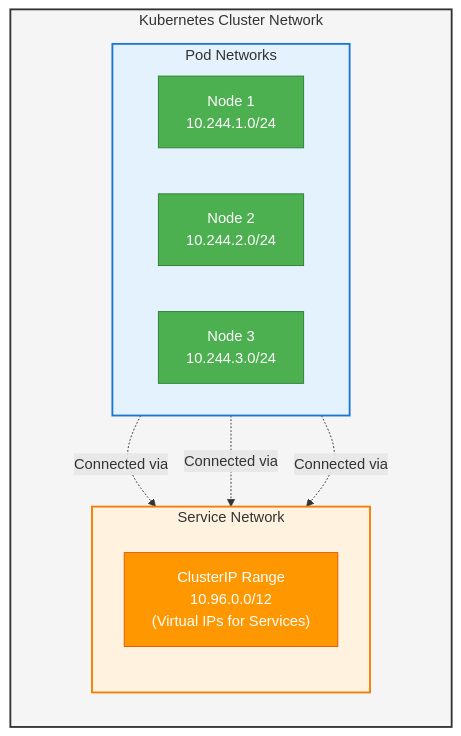
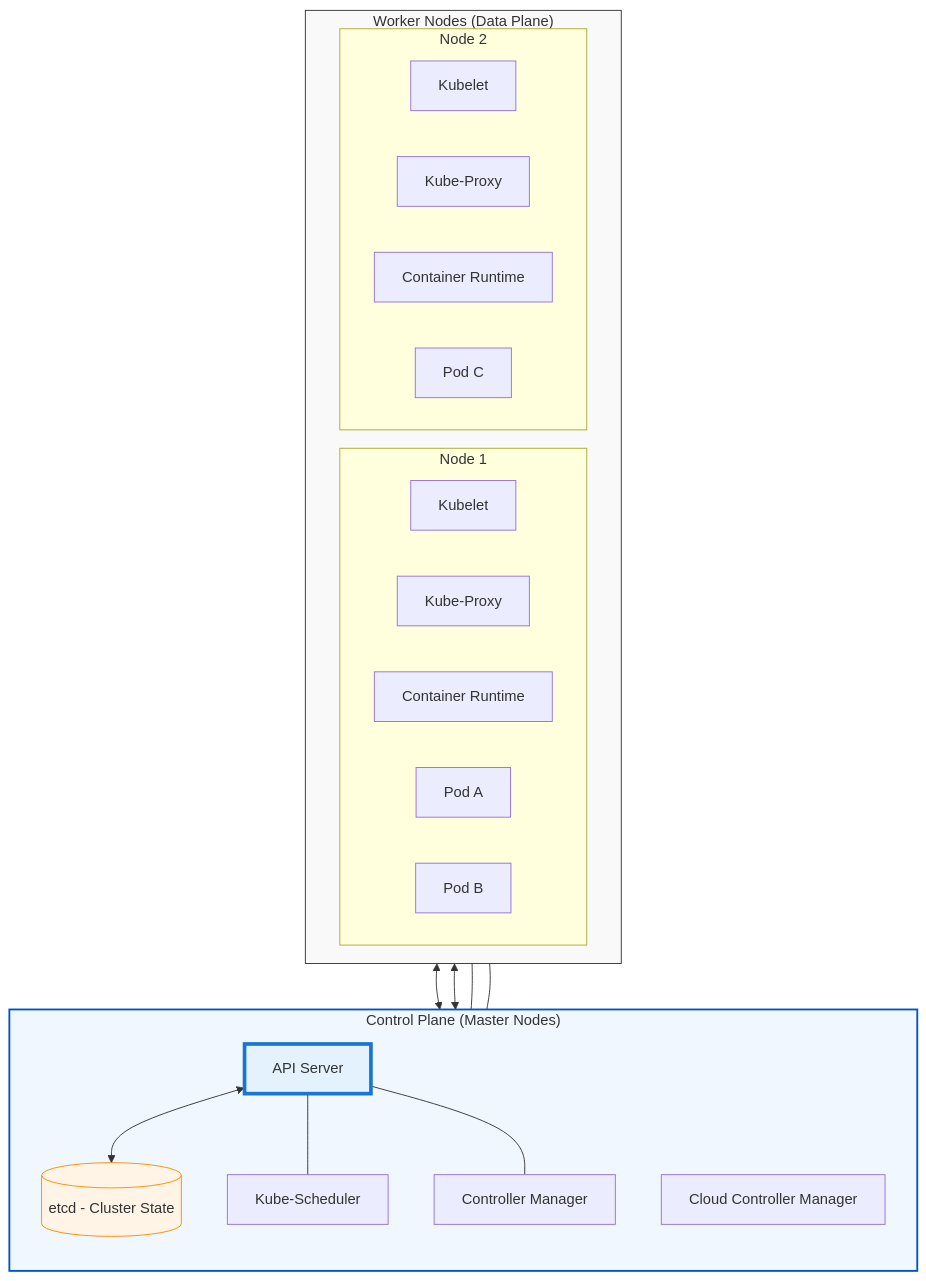
The first of 4 diagrams in 2-Intermediate/03-Phase-3/01-Container-Orchestration/01-Cluster-Architecture/README.md (Ganil151/Devops), drawn with Mermaid before and after one commit. The commit also changed other lines of this file and 18 other files, not shown here.

Commit message:
update cluster architecture notes

````diff
--- a/2-Intermediate/03-Phase-3/01-Container-Orchestration/01-Cluster-Architecture/README.md
+++ b/2-Intermediate/03-Phase-3/01-Container-Orchestration/01-Cluster-Architecture/README.md
@@ -194,27 +26,41 @@
 ```mermaid
 graph TB
-    subgraph cluster["Kubernetes Cluster Network"]
+    subgraph ControlPlane ["Control Plane (Master Nodes)"]
         direction TB
-        subgraph pod_network["Pod Networks"]
-            direction LR
-            node1["Node 1<br/>10.244.1.0/24"]
-            node2["Node 2<br/>10.244.2.0/24"]
-            node3["Node 3<br/>10.244.3.0/24"]
+        APIServer[API Server]
+        ETCD[(etcd - Cluster State)]
+        Scheduler[Kube-Scheduler]
+        CM[Controller Manager]
+        CCM[Cloud Controller Manager]
+    end
+
+    subgraph WorkerNodes ["Worker Nodes (Data Plane)"]
+        direction LR
+        subgraph Node1 ["Node 1"]
+            K1[Kubelet]
+            KP1[Kube-Proxy]
+            CR1[Container Runtime]
+            P1[Pod A]
+            P2[Pod B]
         end
-        
-        subgraph svc_network["Service Network"]
-            direction TB
-            clusterip["ClusterIP Range<br/>10.96.0.0/12<br/>(Virtual IPs for Services)"]
+        subgraph Node2 ["Node 2"]
+            K2[Kubelet]
+            KP2[Kube-Proxy]
+            CR2[Container Runtime]
+            P3[Pod C]
         end
-        
-        node1 & node2 & node3 -.->|Connected via| clusterip
     end
-    
-    style cluster fill:#f5f5f5,stroke:#333,stroke-width:2px
-    style pod_network fill:#e3f2fd,stroke:#1976d2,stroke-width:2px
-    style svc_network fill:#fff3e0,stroke:#f57c00,stroke-width:2px
-    style node1 fill:#4caf50,color:#fff,stroke:#2e7d32
-    style node2 fill:#4caf50,color:#fff,stroke:#2e7d32
-    style node3 fill:#4caf50,color:#fff,stroke:#2e7d32
-    style clusterip fill:#ff9800,color:#fff,stroke:#e65100
+
+    APIServer <--> ETCD
+    APIServer --- Scheduler
+    APIServer --- CM
+    K1 <--> APIServer
+    K2 <--> APIServer
+    KP1 --- APIServer
+    KP2 --- APIServer
+
+    style ControlPlane fill:#f0f7ff,stroke:#0052cc,stroke-width:2px
+    style WorkerNodes fill:#f9f9f9,stroke:#333
+    style ETCD fill:#fff4e6,stroke:#fb8c00
+    style APIServer fill:#e3f2fd,stroke:#1976d2,stroke-width:4px
 ```
````
